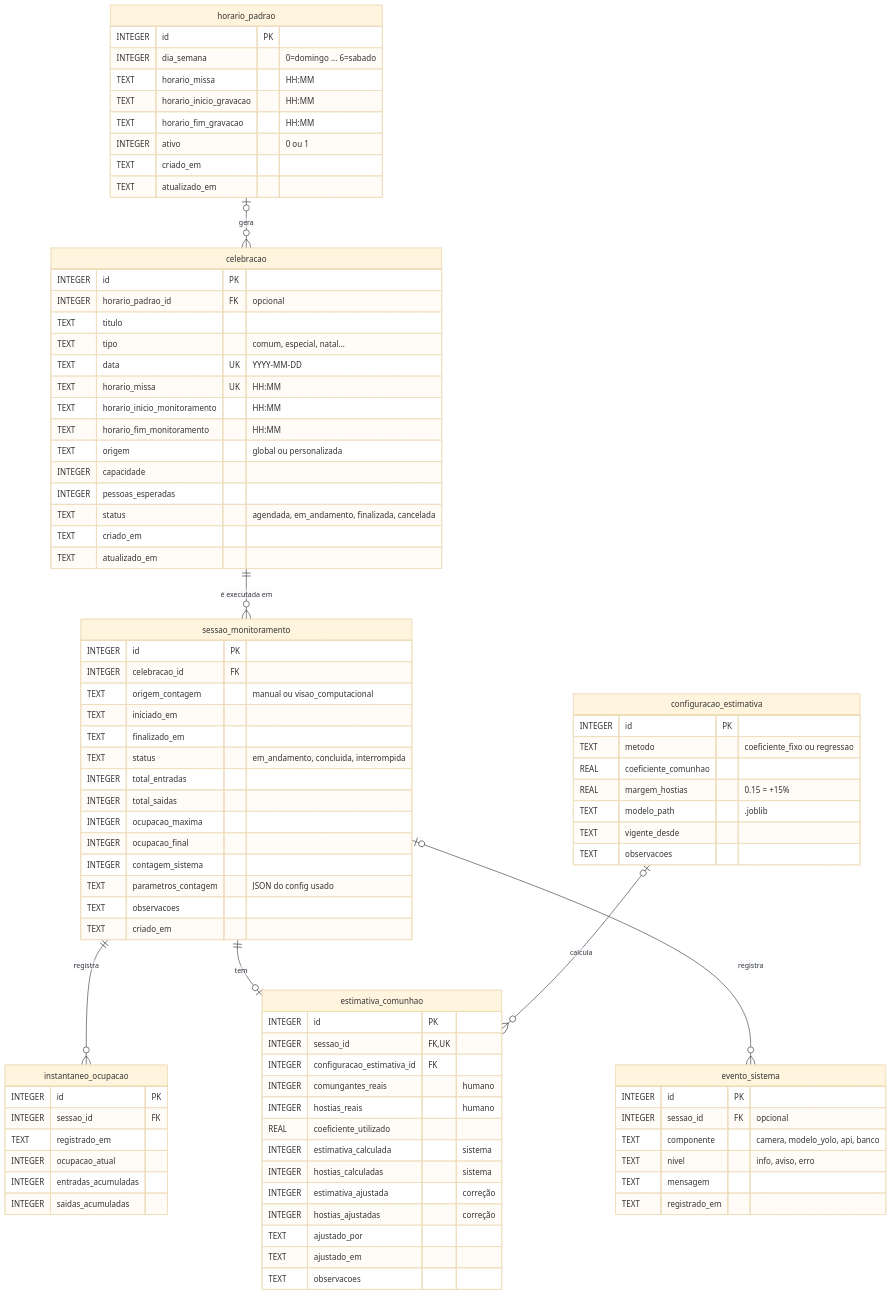
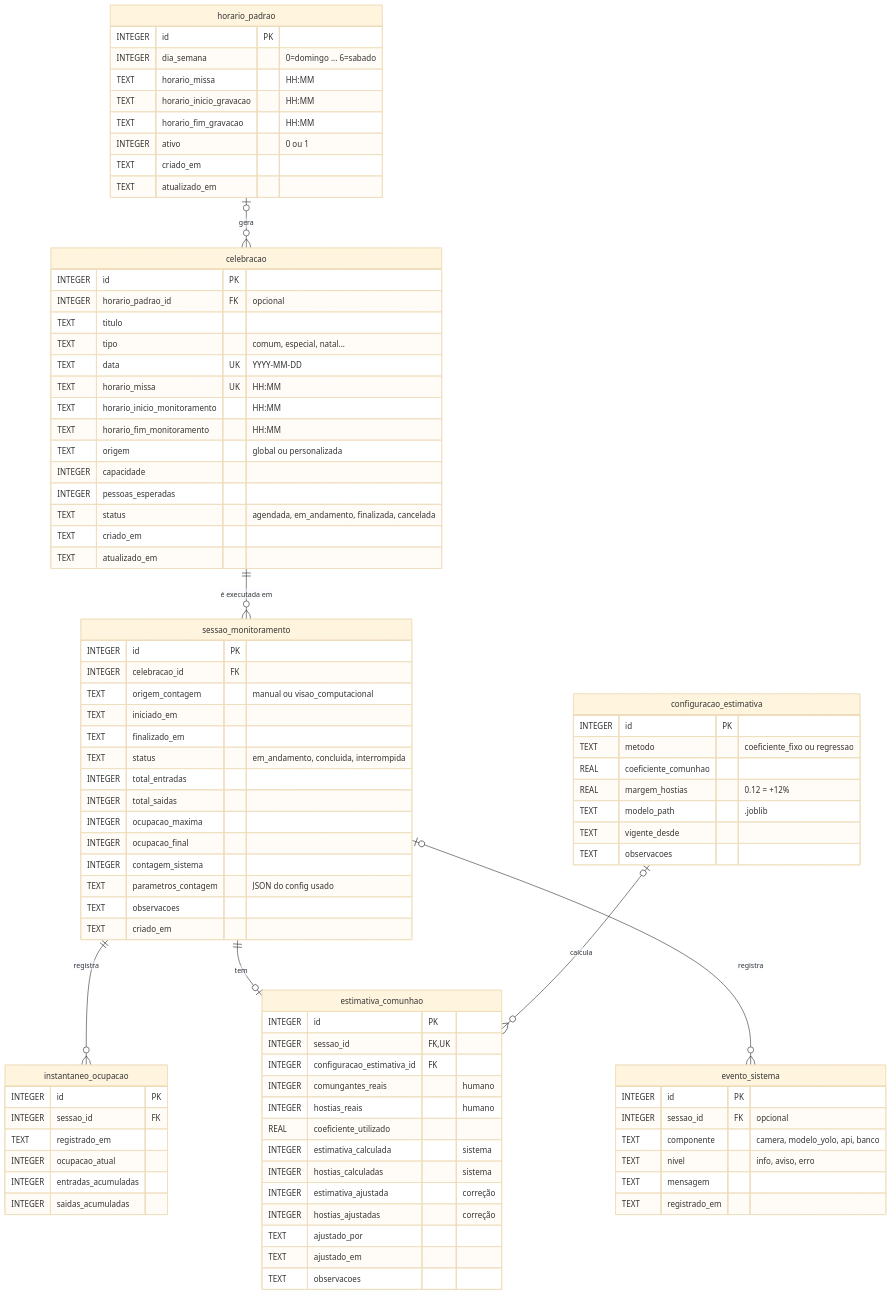
One commit to FelipeUemura11/EucharistCount-TCC changed the first of 6 diagrams in backend/DOCUMENTACAO_BANCO.md. Above: the diagram before and after it, drawn with Mermaid (base theme). The commit also changed other lines of this file and 14 other files, not shown here.

```diff
--- a/backend/DOCUMENTACAO_BANCO.md
+++ b/backend/DOCUMENTACAO_BANCO.md
@@ -112,7 +112,7 @@
         INTEGER id PK
         TEXT metodo "coeficiente_fixo ou regressao"
         REAL coeficiente_comunhao
-        REAL margem_hostias "0.15 = +15%"
+        REAL margem_hostias "0.12 = +12%"
         TEXT modelo_path ".joblib"
         TEXT vigente_desde
         TEXT observacoes
```
